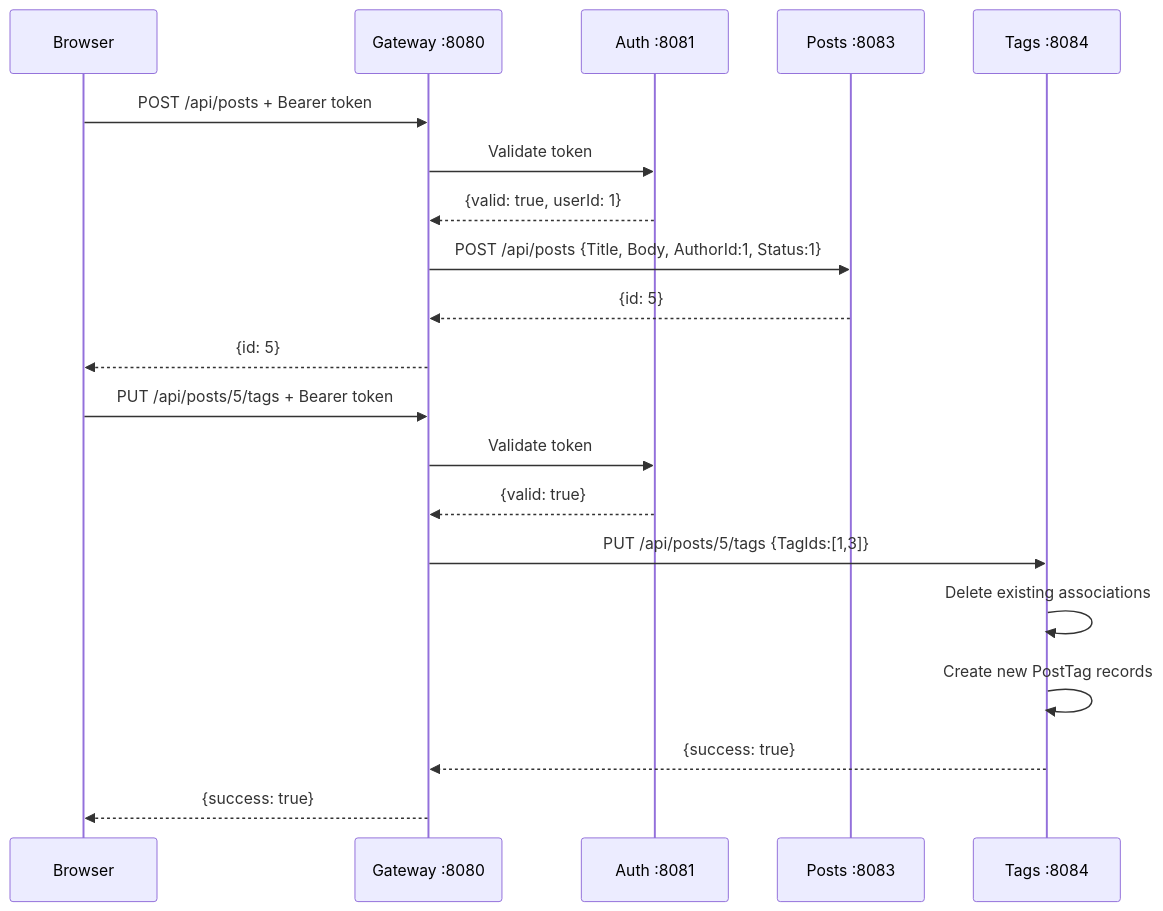
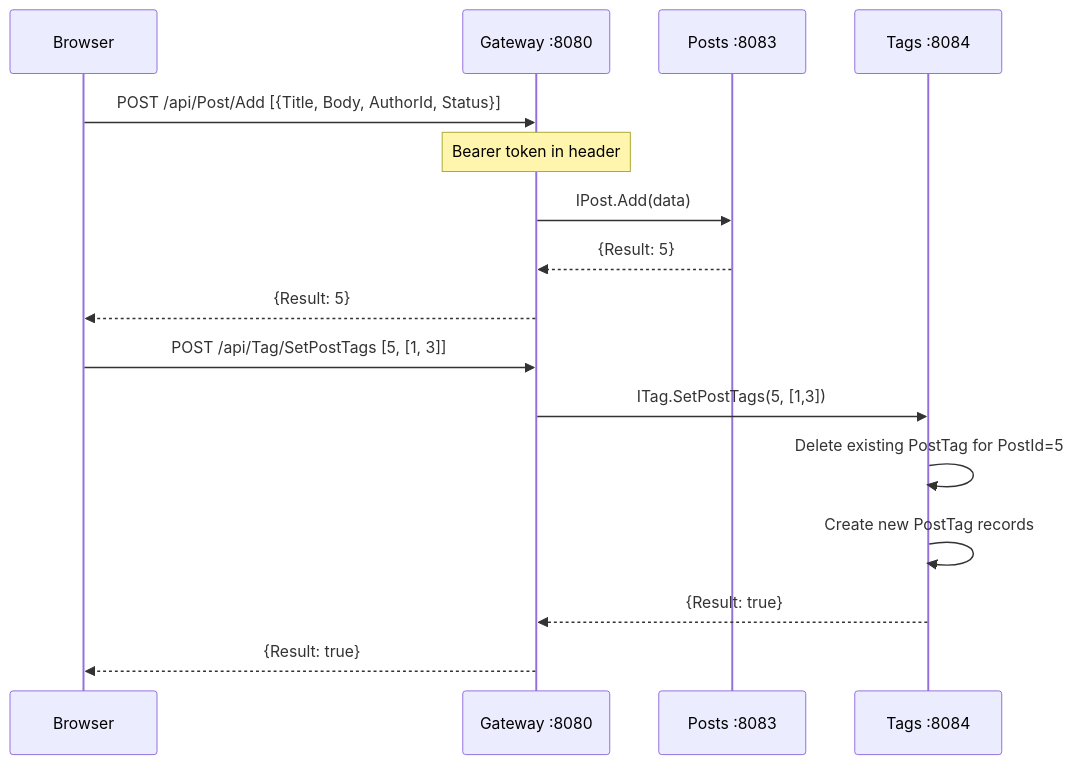
Before and after one commit to sakura1977/mormot2-microservices-blog-sample: the sixth of 9 diagrams in architecture.md, drawn with Mermaid. The commit also changed other lines of this file and 5 other files, not shown here.

````diff
--- a/architecture.md
+++ b/architecture.md
@@ -150,24 +207,20 @@
 ```mermaid
 sequenceDiagram
     participant B as Browser
     participant GW as Gateway :8080
-    participant A as Auth :8081
     participant P as Posts :8083
     participant T as Tags :8084
 
-    B->>GW: POST /api/posts + Bearer token
-    GW->>A: Validate token
-    A-->>GW: {valid: true, userId: 1}
-    GW->>P: POST /api/posts {Title, Body, AuthorId:1, Status:1}
-    P-->>GW: {id: 5}
-    GW-->>B: {id: 5}
+    B->>GW: POST /api/Post/Add [{Title, Body, AuthorId, Status}]
+    Note over GW: Bearer token in header
+    GW->>P: IPost.Add(data)
+    P-->>GW: {Result: 5}
+    GW-->>B: {Result: 5}
 
-    B->>GW: PUT /api/posts/5/tags + Bearer token
-    GW->>A: Validate token
-    A-->>GW: {valid: true}
-    GW->>T: PUT /api/posts/5/tags {TagIds:[1,3]}
-    T->>T: Delete existing associations
+    B->>GW: POST /api/Tag/SetPostTags [5, [1, 3]]
+    GW->>T: ITag.SetPostTags(5, [1,3])
+    T->>T: Delete existing PostTag for PostId=5
     T->>T: Create new PostTag records
-    T-->>GW: {success: true}
-    GW-->>B: {success: true}
+    T-->>GW: {Result: true}
+    GW-->>B: {Result: true}
 ```
````
